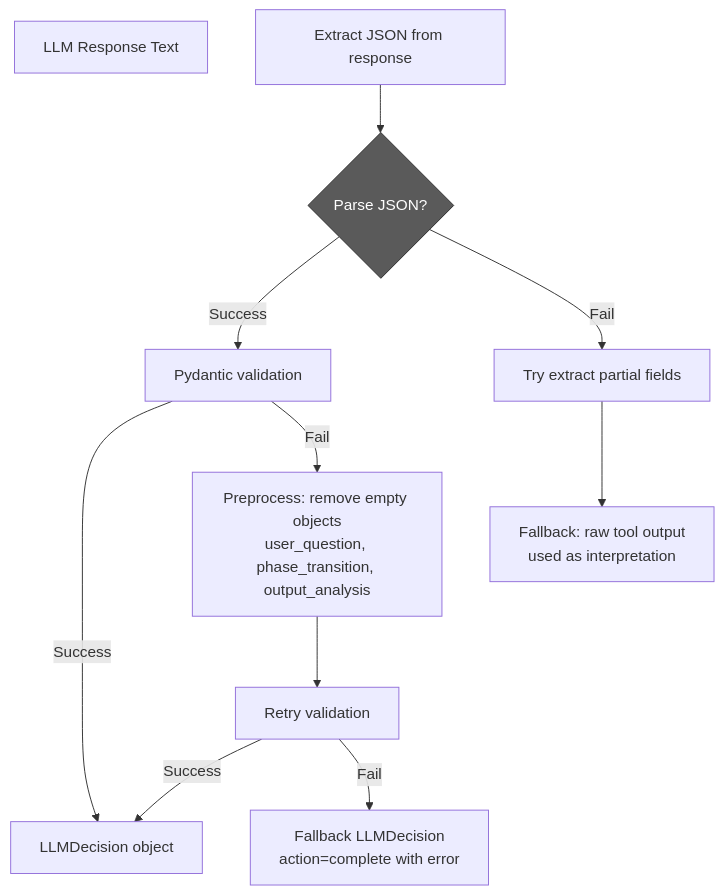
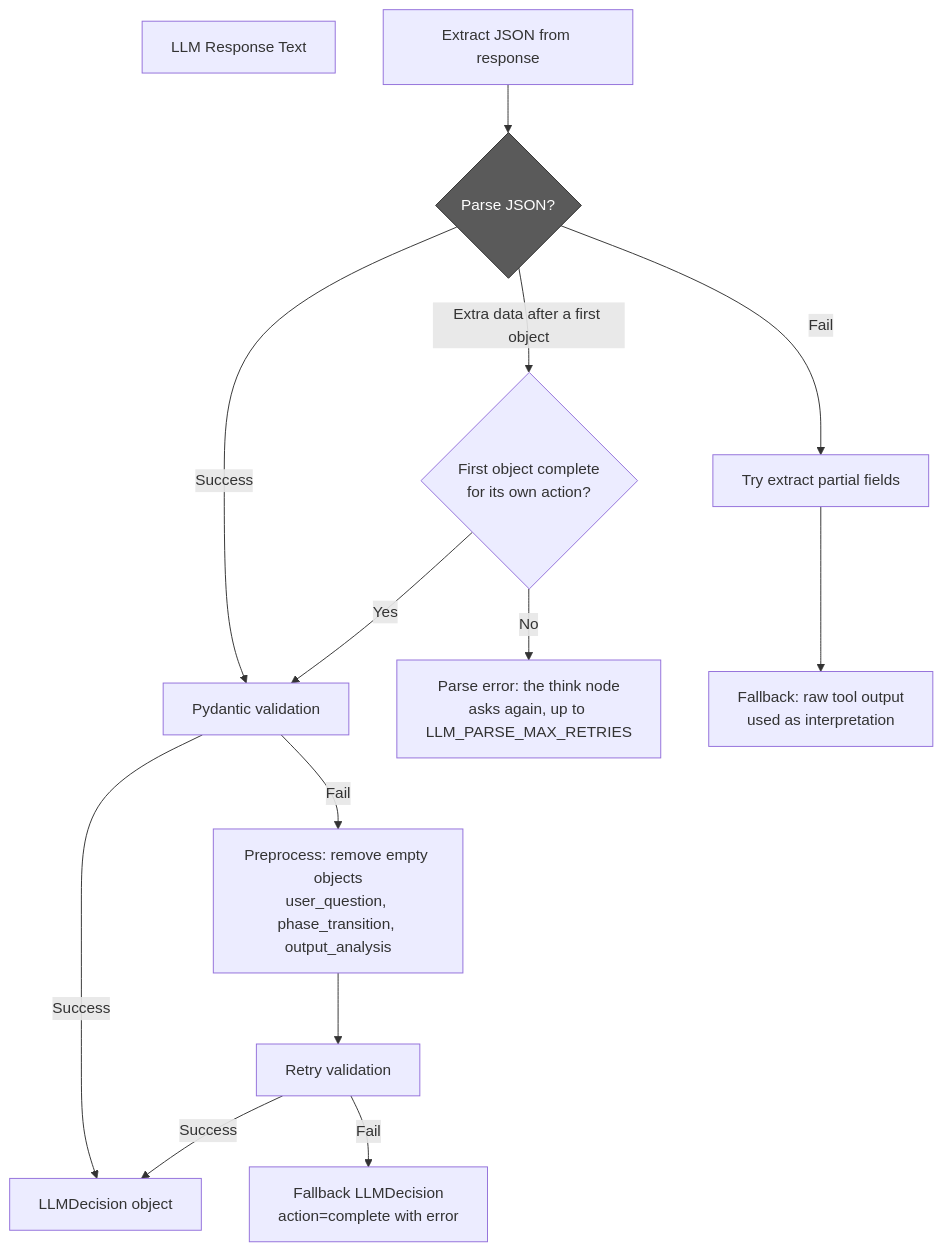
Diagram 52 of 56 in docs/readmes/README.AGENTIC_SYSTEM.md (samugit83/redamon), drawn with Mermaid before and after one commit. The commit also changed other lines of this file and 7 other files, not shown here.

````diff
--- a/docs/readmes/README.AGENTIC_SYSTEM.md
+++ b/docs/readmes/README.AGENTIC_SYSTEM.md
@@ -4452,20 +4453,23 @@
 ```mermaid
 flowchart TB
     RESPONSE[LLM Response Text]
 
     EXTRACT[Extract JSON from response]
     EXTRACT --> PARSE{Parse JSON?}
 
     PARSE -->|Success| VALIDATE[Pydantic validation]
+    PARSE -->|Extra data after a first object| FIRST{First object complete<br/>for its own action?}
+    FIRST -->|Yes| VALIDATE
+    FIRST -->|No| ASK_AGAIN[Parse error: the think node<br/>asks again, up to LLM_PARSE_MAX_RETRIES]
     PARSE -->|Fail| FALLBACK_JSON[Try extract partial fields]
 
     VALIDATE -->|Success| DECISION[LLMDecision object]
     VALIDATE -->|Fail| PREPROCESS[Preprocess: remove empty objects<br/>user_question, phase_transition, output_analysis]
 
     PREPROCESS --> VALIDATE2[Retry validation]
     VALIDATE2 -->|Success| DECISION
     VALIDATE2 -->|Fail| FALLBACK_DECISION[Fallback LLMDecision<br/>action=complete with error]
 
     FALLBACK_JSON --> FALLBACK_ANALYSIS[Fallback: raw tool output<br/>used as interpretation]
     style PARSE fill:#5a5a5a,color:#fff,stroke:#2d2d2d
 ```
````
